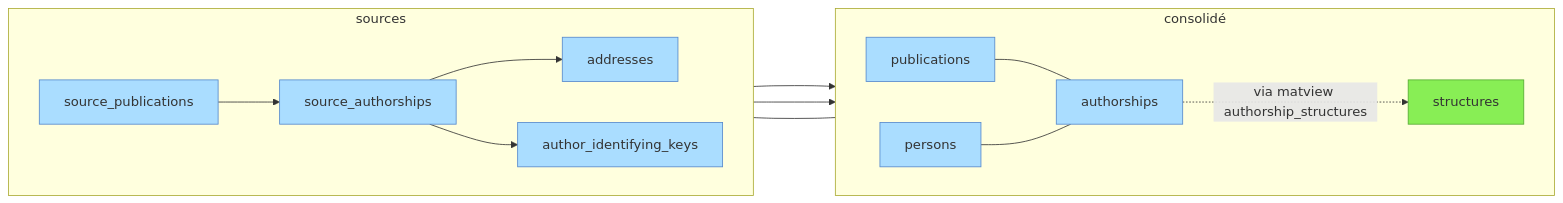
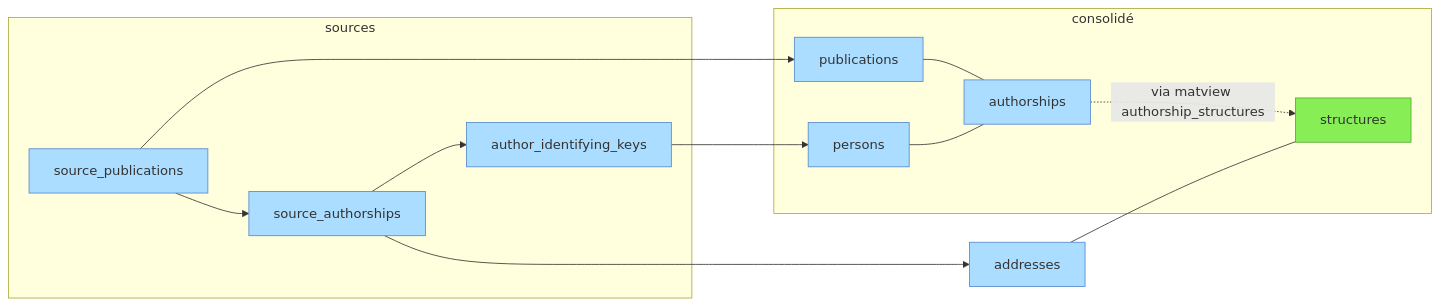
Before and after one commit to Y33sha/bibliometrie-uca: the second of 2 diagrams in docs/donnees/01-vue-d-ensemble.md, drawn with Mermaid. The commit also changed other lines of this file and 13 other files, not shown here.

````diff
--- a/docs/donnees/01-vue-d-ensemble.md
+++ b/docs/donnees/01-vue-d-ensemble.md
@@ -34,24 +34,22 @@
 ```mermaid
 flowchart LR
     subgraph sources
-    direction LR
         source_publications-->source_authorships
-        source_authorships-->addresses
         source_authorships-->author_identifying_keys
     end
     subgraph consolidé
-        direction LR
         publications---authorships
         persons---authorships
         authorships-.->|via matview authorship_structures|structures
 
     end
+    source_authorships-->addresses
     source_publications--->publications
     author_identifying_keys--->persons
     addresses---structures
 
     classDef manuel  fill:#8e5,stroke:#5a3
     classDef auto fill:#adf,stroke:#58c
     class structures manuel;
     class source_authorships,source_publications,publications,authorships,persons,addresses,author_identifying_keys auto
 ```
````
